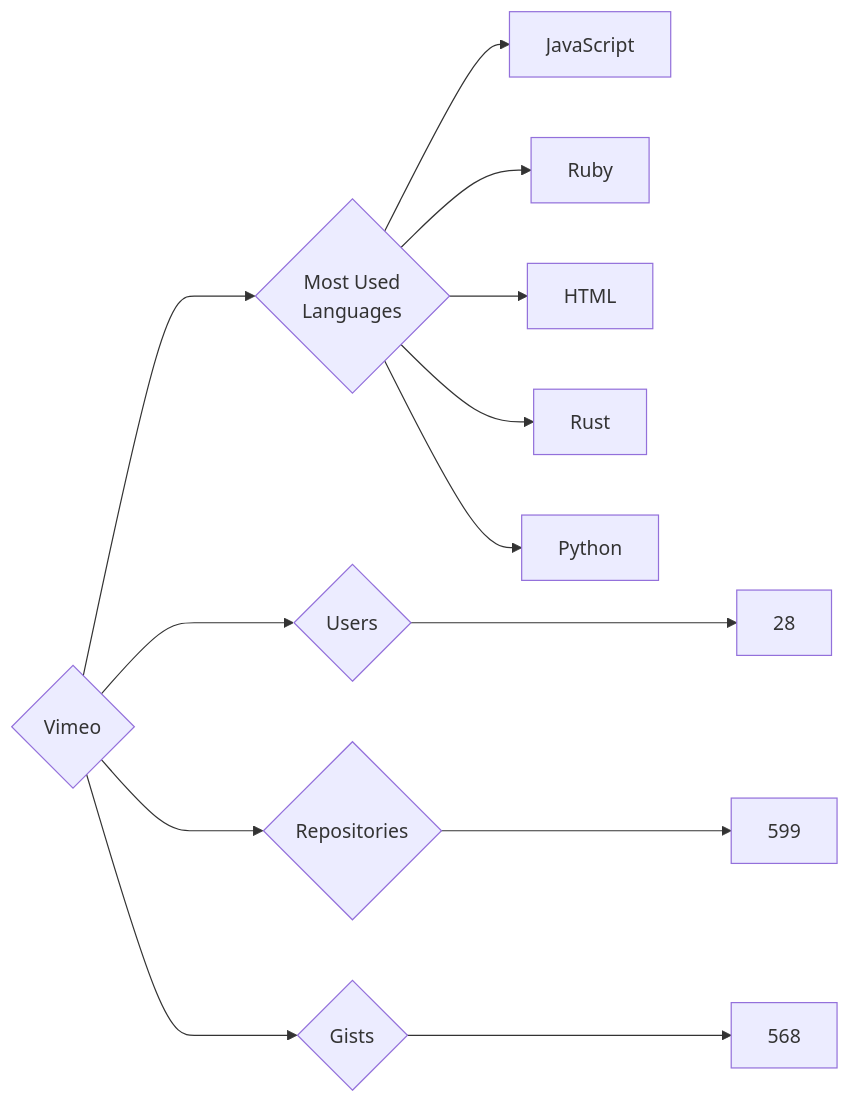
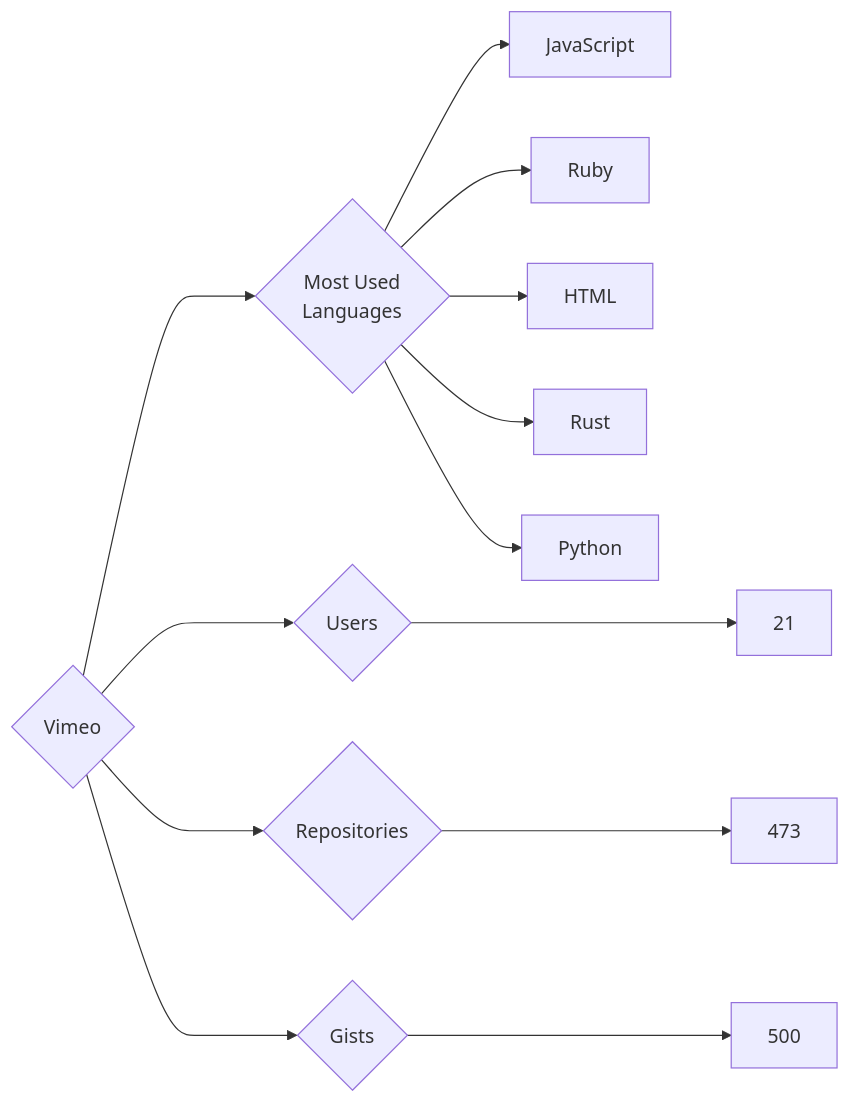
One commit to trickest/insiders changed the diagram in targets/Vimeo/README.md. Above: the diagram before and after it, drawn with Mermaid. The commit also changed 839 other files, not shown here.

````diff
--- a/targets/Vimeo/README.md
+++ b/targets/Vimeo/README.md
@@ -3,13 +3,13 @@
 ```mermaid
 graph LR
 COMPANY_NAME{Vimeo}
-COMPANY_NAME ---> U{Users} ---> UN[28]
-COMPANY_NAME ---> R{Repositories} ---> RN[599]
-COMPANY_NAME ---> G{Gists} ---> GN[568]
+COMPANY_NAME ---> U{Users} ---> UN[21]
+COMPANY_NAME ---> R{Repositories} ---> RN[473]
+COMPANY_NAME ---> G{Gists} ---> GN[500]
 COMPANY_NAME ---> ML{Most Used<br>Languages}
 ML --> JavaScript[JavaScript]
 ML --> Ruby[Ruby]
 ML --> HTML[HTML]
 ML --> Rust[Rust]
 ML --> Python[Python]
 ```
````
